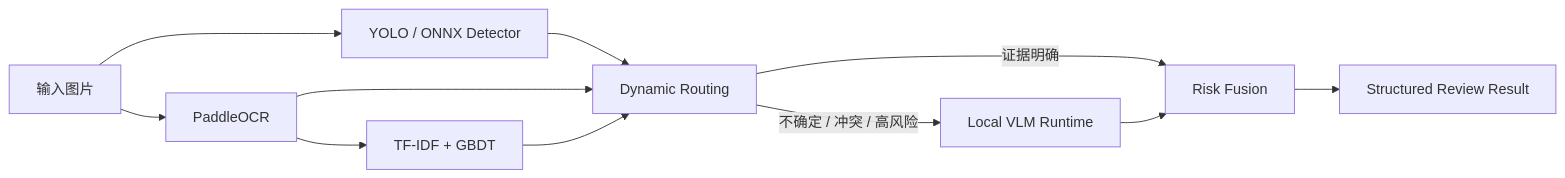
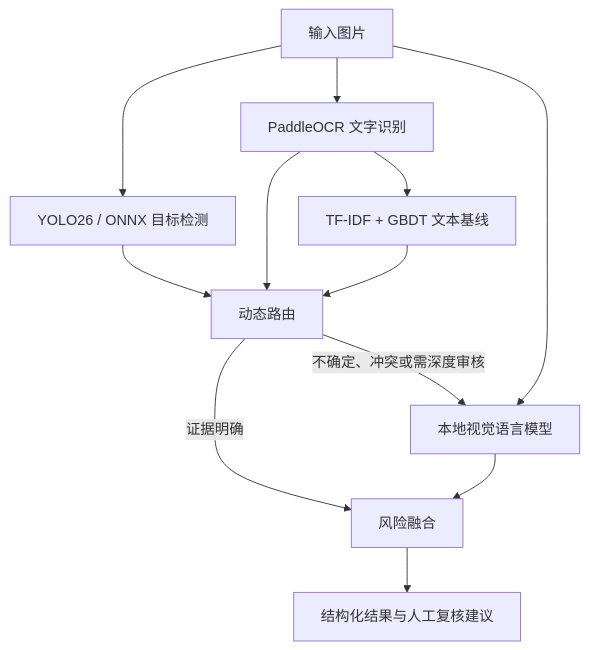
One commit to qdjia/VisionGuard changed the diagram in README.md. Above: the diagram before and after it, drawn with Mermaid. The commit also changed other lines of this file and 1 other file, not shown here.

````diff
--- a/README.md
+++ b/README.md
@@ -64,13 +74,14 @@
 ```mermaid
-flowchart LR
-    I[输入图片] --> D[YOLO / ONNX Detector]
-    I --> O[PaddleOCR]
-    O --> B[TF-IDF + GBDT]
-    D --> R[Dynamic Routing]
+flowchart TD
+    I[输入图片] --> D[YOLO26 / ONNX 目标检测]
+    I --> O[PaddleOCR 文字识别]
+    O --> B[TF-IDF + GBDT 文本基线]
+    D --> R[动态路由]
     O --> R
     B --> R
-    R -->|证据明确| F[Risk Fusion]
-    R -->|不确定 / 冲突 / 高风险| V[Local VLM Runtime]
+    R -->|证据明确| F[风险融合]
+    R -->|不确定、冲突或需深度审核| V[本地视觉语言模型]
+    I --> V
     V --> F
-    F --> J[Structured Review Result]
+    F --> J[结构化结果与人工复核建议]
 ```
````
